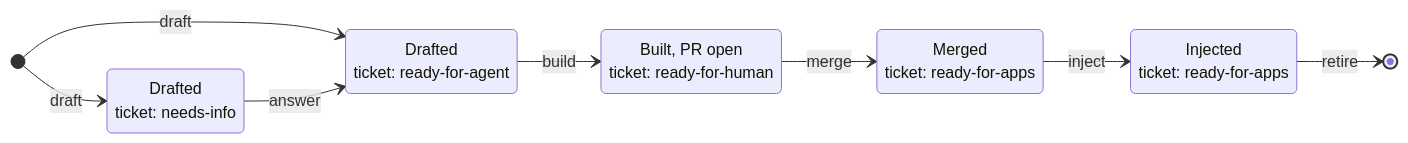
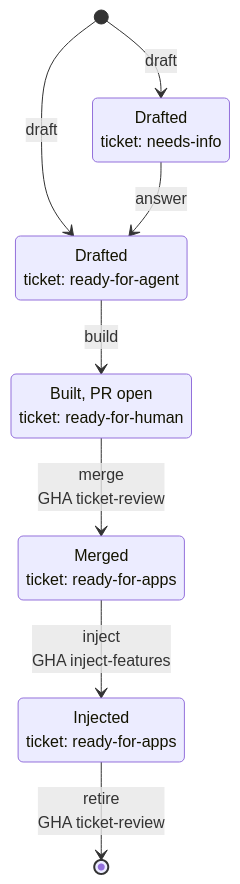
Before and after one commit to any-container/rails-template: the diagram in workflows/features.md, drawn with Mermaid. The commit also changed other lines of this file and 3 other files, not shown here.

First line of the commit message:
Orient lifecycle diagram top to bottom with GHA names; add inject-features workflow

````diff
--- a/workflows/features.md
+++ b/workflows/features.md
@@ -11,17 +11,17 @@
 ```mermaid
 stateDiagram-v2
-    direction LR
+    direction TB
     state "Drafted<br/>ticket: needs-info" as NeedsInfo
     state "Drafted<br/>ticket: ready-for-agent" as ReadyAgent
     state "Built, PR open<br/>ticket: ready-for-human" as ReadyHuman
     state "Merged<br/>ticket: ready-for-apps" as ReadyApps
     state "Injected<br/>ticket: ready-for-apps" as Injected
 
     [*] --> NeedsInfo: draft
     [*] --> ReadyAgent: draft
     NeedsInfo --> ReadyAgent: answer
     ReadyAgent --> ReadyHuman: build
-    ReadyHuman --> ReadyApps: merge
-    ReadyApps --> Injected: inject
-    Injected --> [*]: retire
+    ReadyHuman --> ReadyApps: merge<br/>GHA ticket-review
+    ReadyApps --> Injected: inject<br/>GHA inject-features
+    Injected --> [*]: retire<br/>GHA ticket-review
 ```
````
